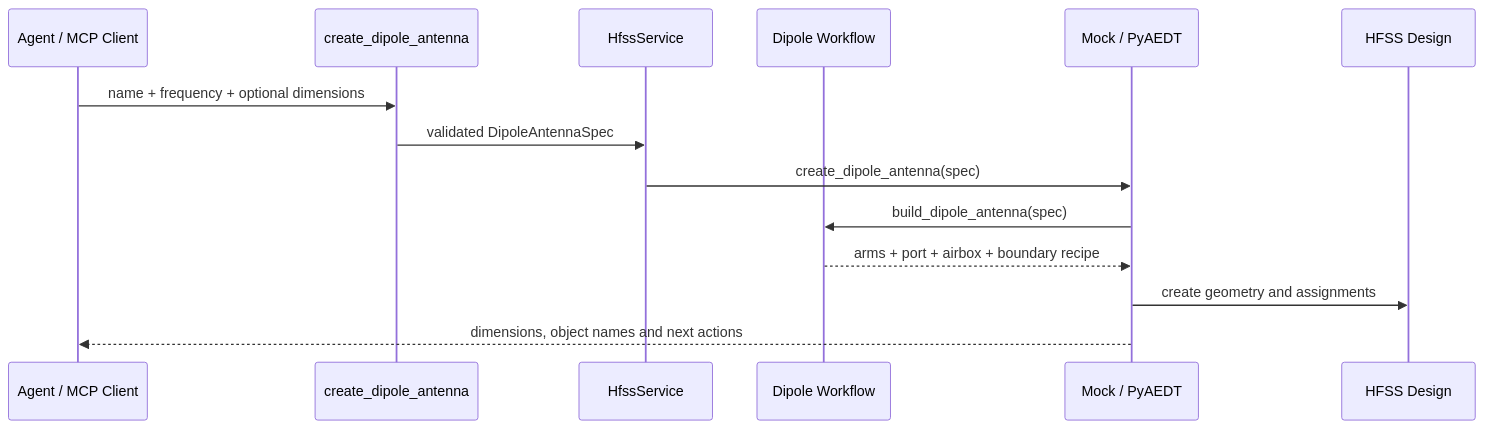
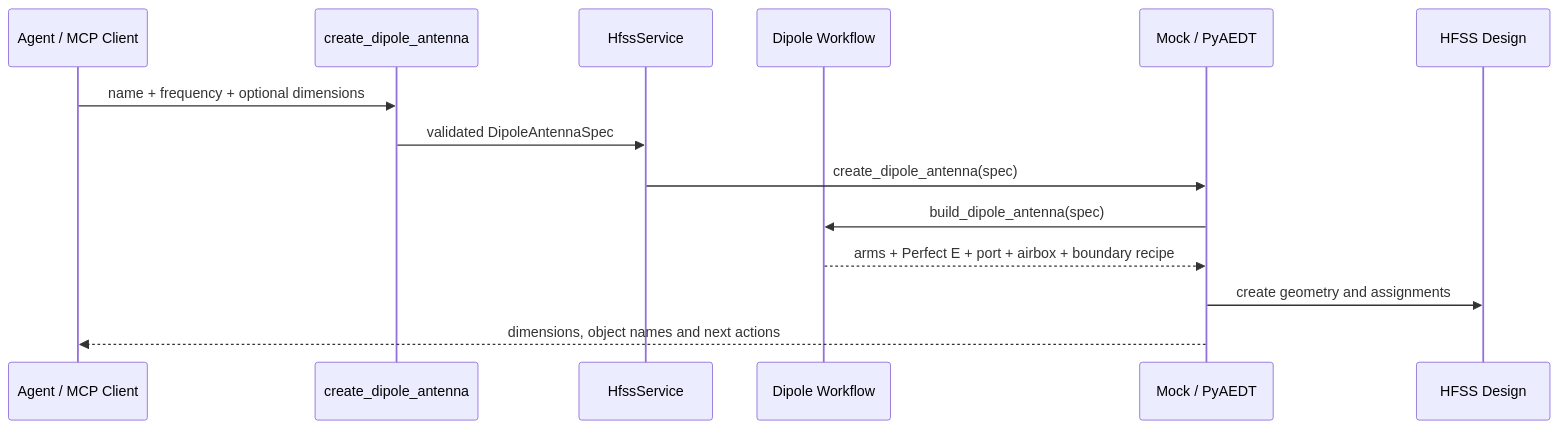
One commit to CodeQwQ/supperHFSSMCP changed the diagram in docs/antenna-workflows.md. Above: the diagram before and after it, drawn with Mermaid. The commit also changed other lines of this file and 28 other files, not shown here.

````diff
--- a/docs/antenna-workflows.md
+++ b/docs/antenna-workflows.md
@@ -24,16 +24,16 @@
 ```mermaid
 sequenceDiagram
     participant Agent as Agent / MCP Client
     participant Tool as create_dipole_antenna
     participant Core as HfssService
     participant Workflow as Dipole Workflow
     participant Backend as Mock / PyAEDT
     participant HFSS as HFSS Design
     Agent->>Tool: name + frequency + optional dimensions
     Tool->>Core: validated DipoleAntennaSpec
     Core->>Backend: create_dipole_antenna(spec)
     Backend->>Workflow: build_dipole_antenna(spec)
-    Workflow-->>Backend: arms + port + airbox + boundary recipe
+    Workflow-->>Backend: arms + Perfect E + port + airbox + boundary recipe
     Backend->>HFSS: create geometry and assignments
     Backend-->>Agent: dimensions, object names and next actions
 ```
````
